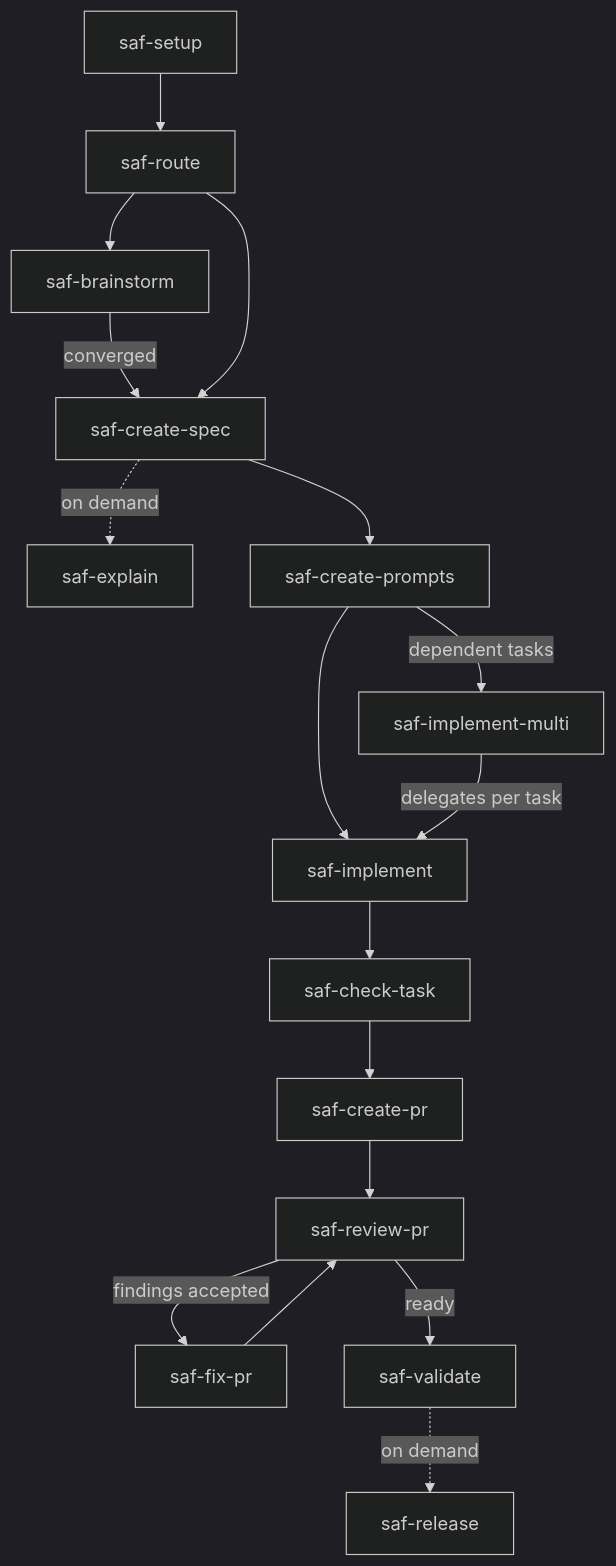
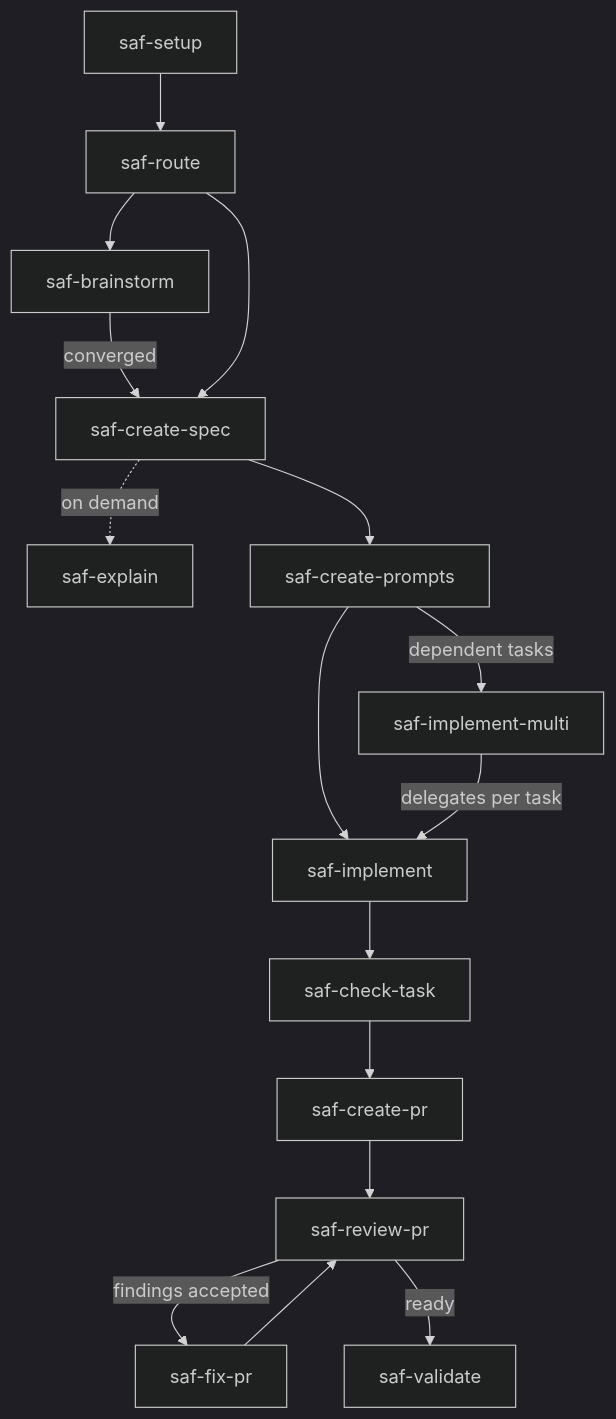
Before and after one commit to gmartins-dev/sdd-agentic-flow: the diagram in README.md, drawn with Mermaid (dark theme). The commit also changed other lines of this file and 61 other files, not shown here.

````diff
--- a/README.md
+++ b/README.md
@@ -121,19 +120,18 @@
 ```mermaid
 flowchart TD
   setup[saf-setup] --> route[saf-route]
   route --> brainstorm[saf-brainstorm]
   brainstorm -->|converged| specs[saf-create-spec]
   route --> specs
   specs -.->|on demand| explain[saf-explain]
   specs --> prompts[saf-create-prompts]
   prompts --> implement[saf-implement]
   prompts -->|dependent tasks| implementmulti[saf-implement-multi]
   implementmulti -->|delegates per task| implement
   implement --> check[saf-check-task]
   check --> pr[saf-create-pr]
   pr --> review[saf-review-pr]
   review -->|findings accepted| fix[saf-fix-pr]
   fix --> review
   review -->|ready| validate[saf-validate]
-  validate -.->|on demand| release[saf-release]
 ```
````
